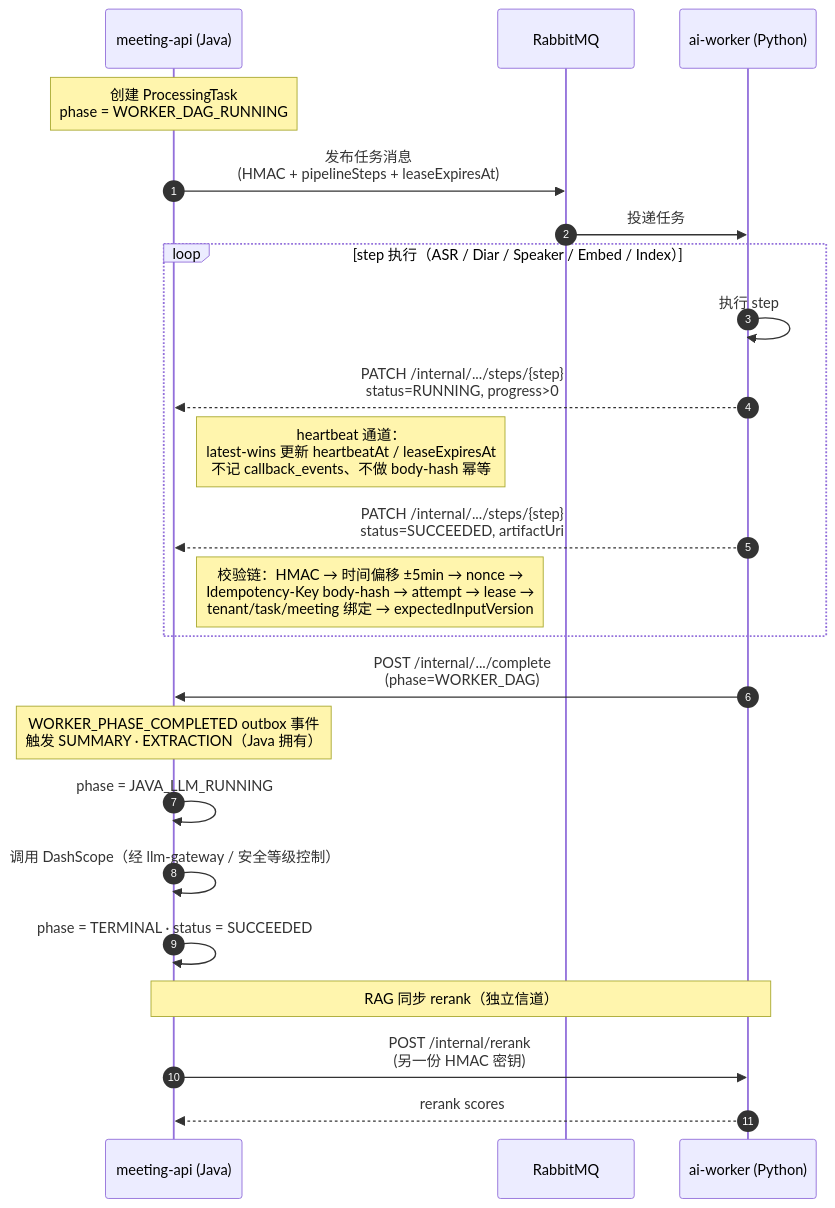
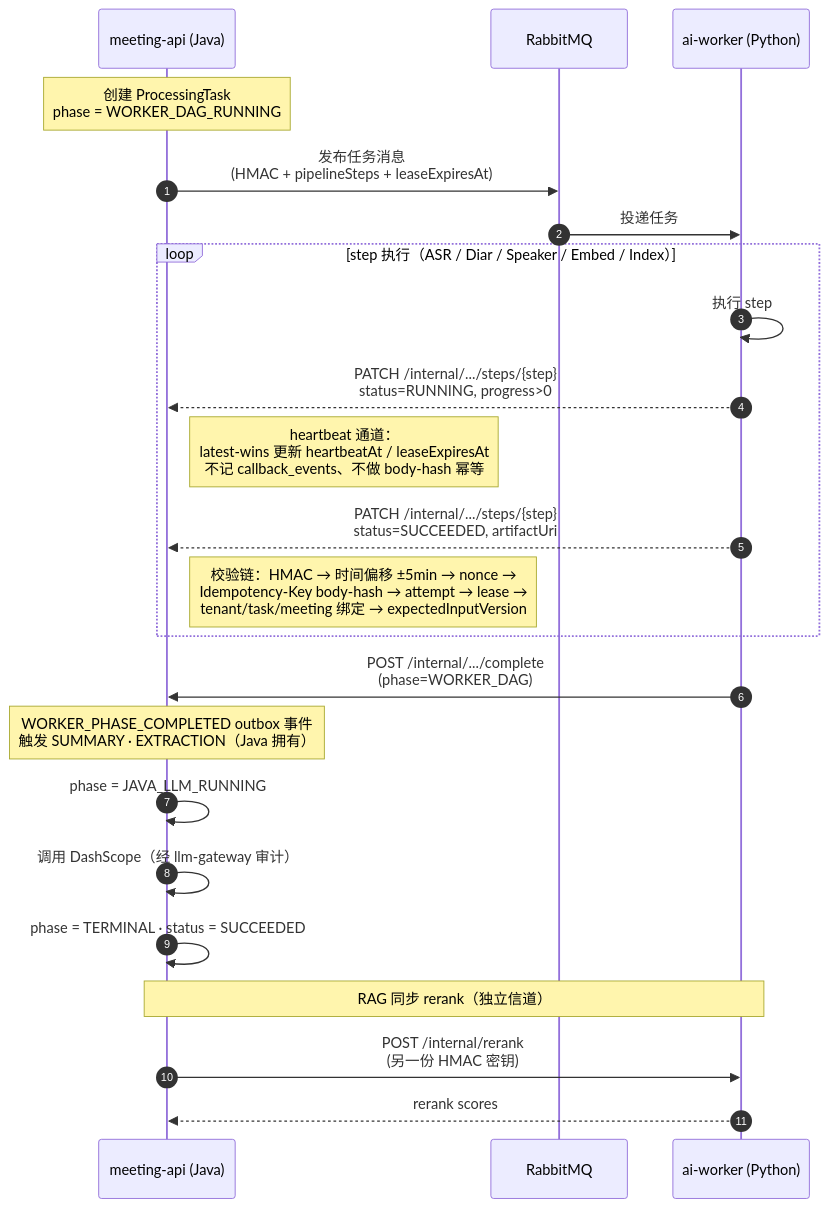
The third of 3 diagrams in README.md (JAHSEH618/meeting), drawn with Mermaid before and after one commit. The commit also changed other lines of this file and 3 other files, not shown here.

````diff
--- a/README.md
+++ b/README.md
@@ -164,30 +164,30 @@
 ```mermaid
 sequenceDiagram
     autonumber
     participant J as meeting-api (Java)
     participant Q as RabbitMQ
     participant W as ai-worker (Python)
 
     Note over J: 创建 ProcessingTask<br/>phase = WORKER_DAG_RUNNING
     J->>Q: 发布任务消息<br/>(HMAC + pipelineSteps + leaseExpiresAt)
     Q->>W: 投递任务
 
     loop step 执行（ASR / Diar / Speaker / Embed / Index）
         W->>W: 执行 step
         W-->>J: PATCH /internal/.../steps/{step}<br/>status=RUNNING, progress>0
         Note right of J: heartbeat 通道：<br/>latest-wins 更新 heartbeatAt / leaseExpiresAt<br/>不记 callback_events、不做 body-hash 幂等
         W-->>J: PATCH /internal/.../steps/{step}<br/>status=SUCCEEDED, artifactUri
         Note right of J: 校验链：HMAC → 时间偏移 ±5min → nonce →<br/>Idempotency-Key body-hash → attempt → lease →<br/>tenant/task/meeting 绑定 → expectedInputVersion
     end
 
     W->>J: POST /internal/.../complete<br/>(phase=WORKER_DAG)
     Note over J: WORKER_PHASE_COMPLETED outbox 事件<br/>触发 SUMMARY · EXTRACTION（Java 拥有）
 
     J->>J: phase = JAVA_LLM_RUNNING
-    J->>J: 调用 DashScope（经 llm-gateway / 安全等级控制）
+    J->>J: 调用 DashScope（经 llm-gateway 审计）
     J->>J: phase = TERMINAL · status = SUCCEEDED
 
     Note over J,W: RAG 同步 rerank（独立信道）
     J->>W: POST /internal/rerank<br/>(另一份 HMAC 密钥)
     W-->>J: rerank scores
 ```
````
